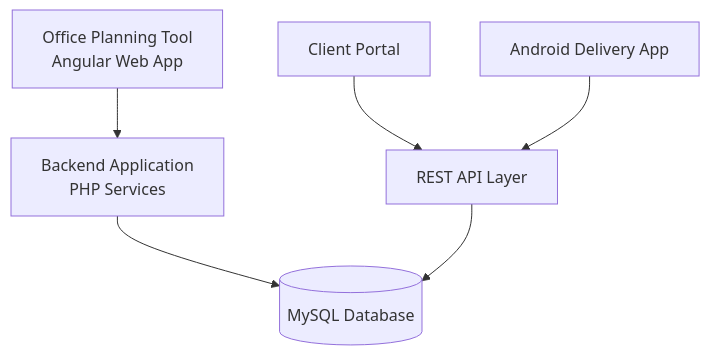
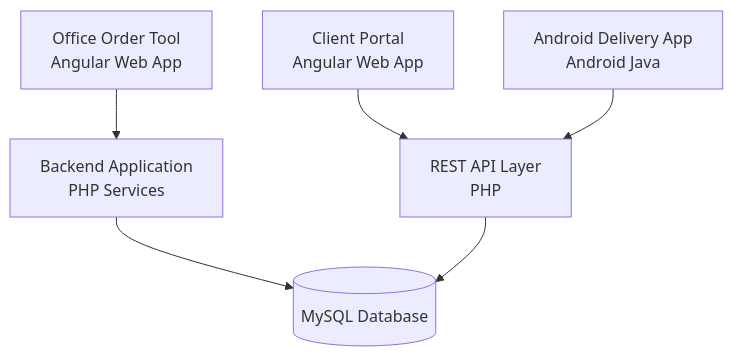
One commit to ianmiddelkamp/personal-portfolio changed the first of 2 diagrams in src/content/case-studies/delivery-planning-system.mdx. Above: the diagram before and after it, drawn with Mermaid. The commit also changed other lines of this file and 6 other files, not shown here.

````diff
--- a/src/content/case-studies/delivery-planning-system.mdx
+++ b/src/content/case-studies/delivery-planning-system.mdx
@@ -84,20 +80,20 @@
 ```mermaid
 
 flowchart TD
 
-A[Office Planning Tool<br>Angular Web App]
+A[Office Order Tool<br>Angular Web App]
 B[Backend Application<br>PHP Services]
 C[(MySQL Database)]
 
-D[Client Portal]
-E[Android Delivery App]
-F[REST API Layer]
+D[Client Portal<br>Angular Web App]
+E[Android Delivery App<br>Android Java]
+F[REST API Layer<br>PHP]
 
 A --> B
 B --> C
 
 D --> F
 E --> F
 F --> C
 
 ```
````
